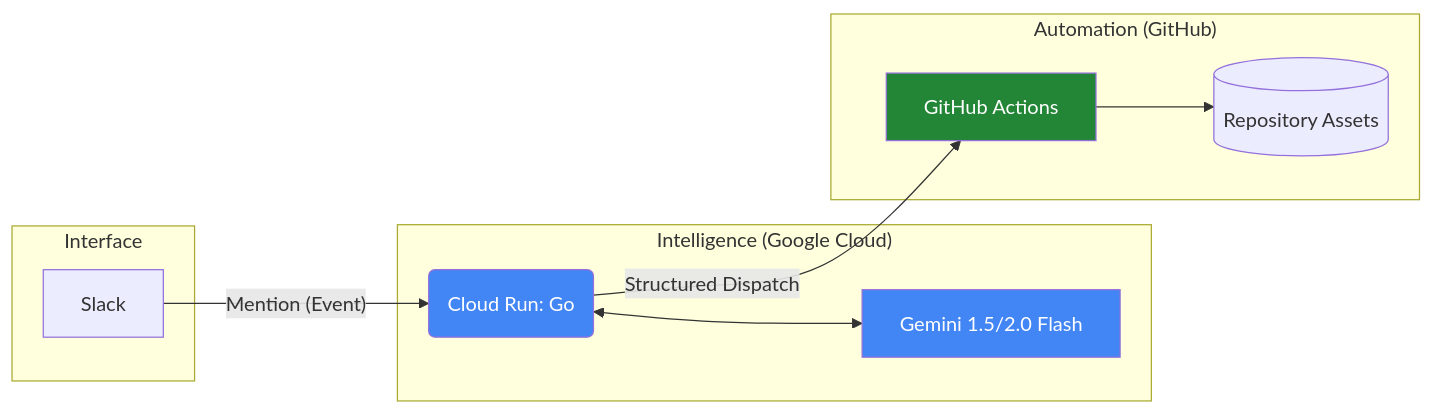
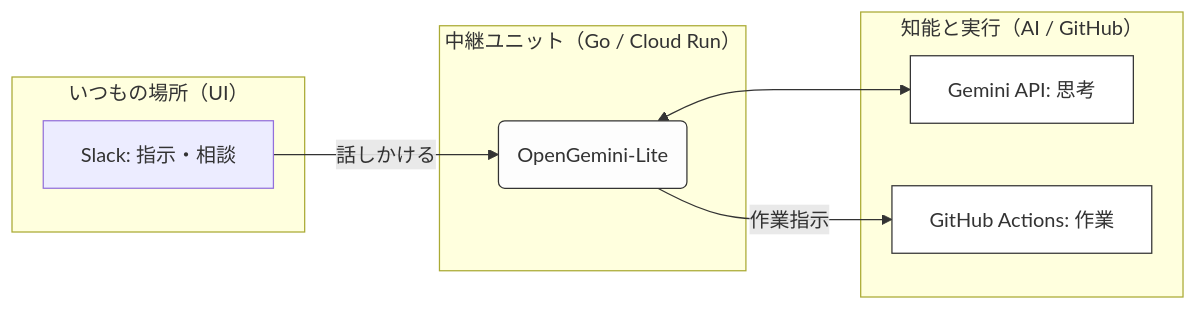
Before and after one commit to conti0513/development_public: the first of 4 diagrams in README.md, drawn with Mermaid. The commit also changed other lines of this file, not shown here.

Commit message:
modified:   README.md

````diff
--- a/README.md
+++ b/README.md
@@ -35,26 +41,24 @@
 ```mermaid
 graph LR
-    subgraph "Interface"
-        A[Slack]
+    subgraph "いつもの場所（UI）"
+        A[Slack: 指示・相談]
     end
     
-    subgraph "Intelligence (Google Cloud)"
-        B(Cloud Run: Go)
-        C[Gemini 1.5/2.0 Flash]
-        B <--> C
+    subgraph "中継ユニット（Go / Cloud Run）"
+        B(OpenGemini-Lite)
     end
     
-    subgraph "Automation (GitHub)"
-        D[GitHub Actions]
-        E[(Repository Assets)]
-        D --> E
+    subgraph "知能と実行（AI / GitHub）"
+        C[Gemini API: 思考]
+        D[GitHub Actions: 作業]
     end
 
-    A -- "Mention (Event)" --> B
-    B -- "Structured Dispatch" --> D
+    A -- "話しかける" --> B
+    B <--> C
+    B -- "作業指示" --> D
     
-    style B fill:#4285F4,color:#fff
-    style C fill:#4285F4,color:#fff
-    style D fill:#238636,color:#fff
+    style B fill:#fdfdfd,stroke:#333
+    style C fill:#fff,stroke:#333
+    style D fill:#fff,stroke:#333
 
 ```
````
